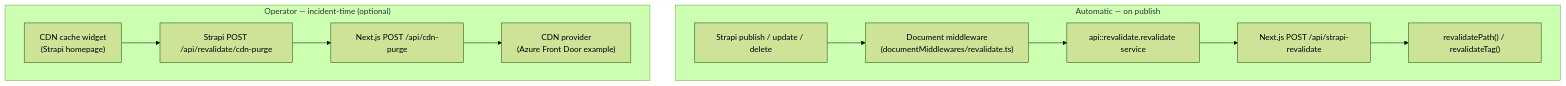
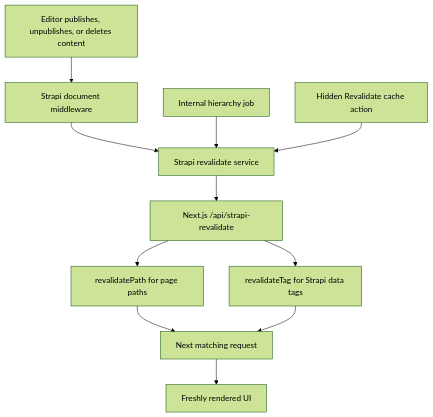
The diagram in apps/docs/docs/reference/cache-revalidation.md (notum-cz/strapi-next-monorepo-starter), drawn with Mermaid (forest theme) before and after one commit. The commit also changed other lines of this file and 3 other files, not shown here.

````diff
--- a/apps/docs/docs/reference/cache-revalidation.md
+++ b/apps/docs/docs/reference/cache-revalidation.md
@@ -23,19 +26,23 @@
 ```mermaid
 flowchart TD
-  subgraph automatic["Automatic — on publish"]
-    change["Strapi publish / update / delete"]
-    mw["Document middleware<br/>(documentMiddlewares/revalidate.ts)"]
-    svc["api::revalidate.revalidate service"]
-    uiRevalidate["Next.js POST /api/strapi-revalidate"]
-    nextCache["revalidatePath() / revalidateTag()"]
-    change --> mw --> svc --> uiRevalidate --> nextCache
-  end
+  editor["Editor publishes, unpublishes, or deletes content"]
+  middleware["Strapi document middleware"]
+  service["Strapi revalidate service"]
+  uiEndpoint["Next.js /api/strapi-revalidate"]
+  pathCache["revalidatePath for page paths"]
+  tagCache["revalidateTag for Strapi data tags"]
+  nextRequest["Next matching request"]
+  freshPage["Freshly rendered UI"]
 
-  subgraph manual["Operator — incident-time (optional)"]
-    widget["CDN cache widget<br/>(Strapi homepage)"]
-    strapiPurge["Strapi POST /api/revalidate/cdn-purge"]
-    uiPurge["Next.js POST /api/cdn-purge"]
-    provider["CDN provider<br/>(Azure Front Door example)"]
-    widget --> strapiPurge --> uiPurge --> provider
-  end
+  internalJob["Internal hierarchy job"]
+  adminButton["Hidden Revalidate cache action"]
+
+  editor --> middleware --> service --> uiEndpoint
+  internalJob --> service
+  adminButton --> service
+  uiEndpoint --> pathCache
+  uiEndpoint --> tagCache
+  pathCache --> nextRequest
+  tagCache --> nextRequest
+  nextRequest --> freshPage
 ```
````
